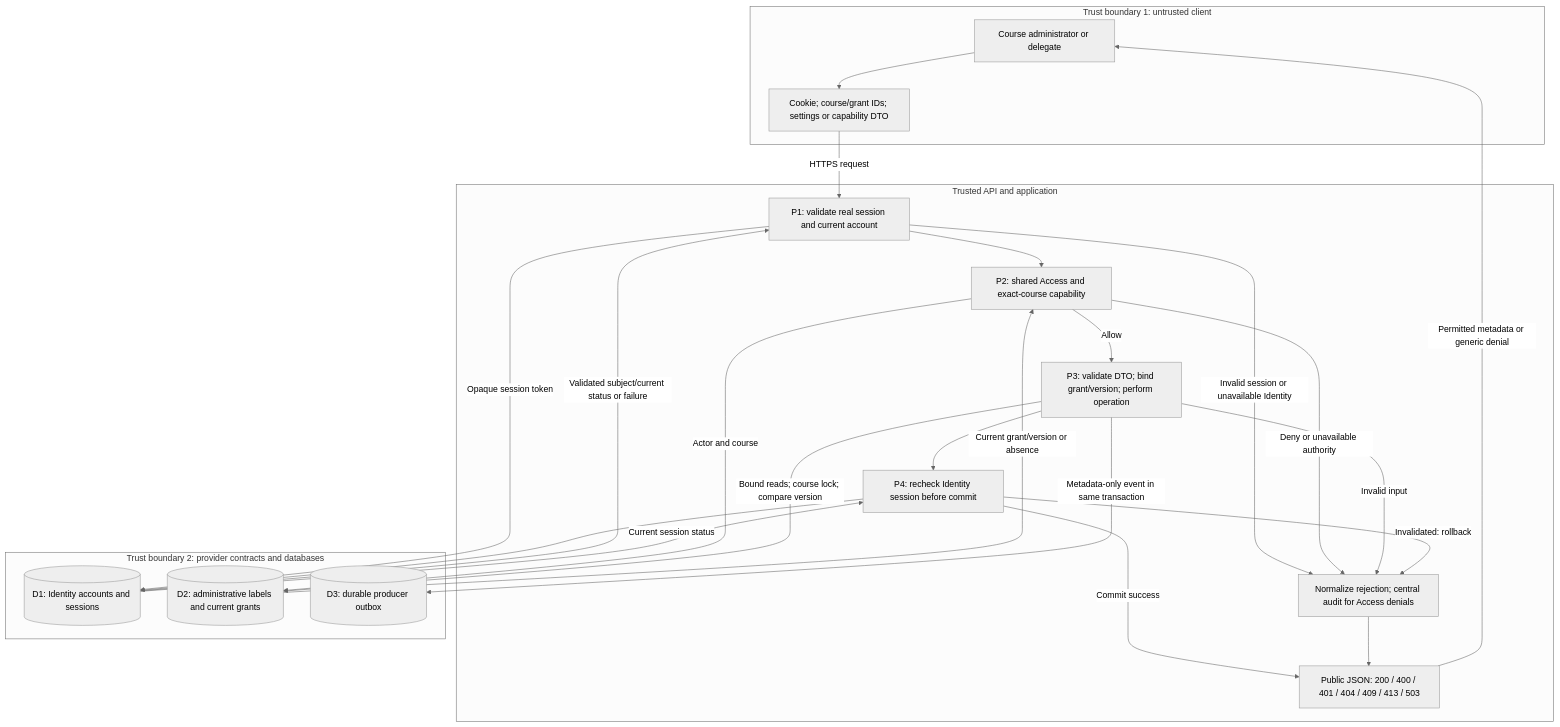
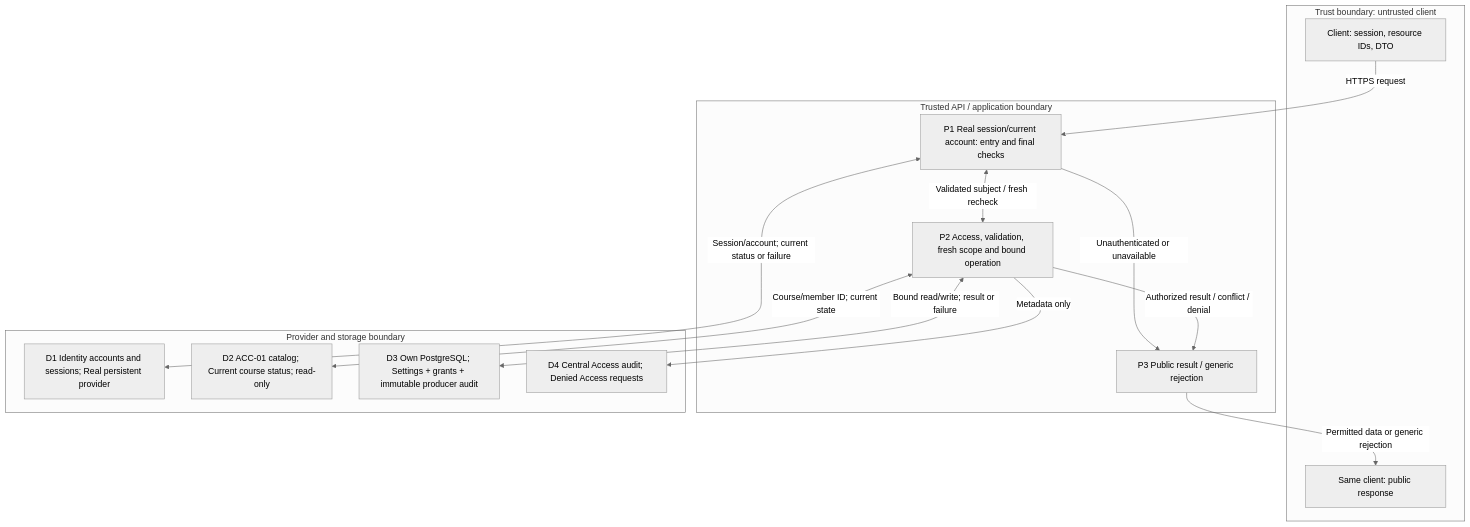
Before and after one commit to djufa762x39/security-lab: the diagram in docs/components/coursework/diagrams/adm08-kt2-dfd.mmd, drawn with Mermaid (neutral theme). The commit also changed 46 other files, not shown here.

Commit message:
ACC-04 ADM-08: KT2 integracije i ziva HTTPS demonstracija

```diff
--- a/docs/components/coursework/diagrams/adm08-kt2-dfd.mmd
+++ b/docs/components/coursework/diagrams/adm08-kt2-dfd.mmd
@@ -1,38 +1,25 @@
 flowchart TD
-  subgraph CLIENT["Trust boundary 1: untrusted client"]
-    ACTOR["Course administrator or delegate"]
-    INPUT["Cookie; course/grant IDs; settings or capability DTO"]
-    ACTOR --> INPUT
+  subgraph CLIENT["Trust boundary: untrusted client"]
+    C["Client: session, resource IDs, DTO"]
+    R["Same client: public response"]
   end
-  subgraph API["Trusted API and application"]
-    AUTH["P1: validate real session and current account"]
-    DECIDE["P2: shared Access and exact-course capability"]
-    CHANGE["P3: validate DTO; bind grant/version; perform operation"]
-    RECHECK["P4: recheck Identity session before commit"]
-    DENY["Normalize rejection; central audit for Access denials"]
-    OUT["Public JSON: 200 / 400 / 401 / 404 / 409 / 413 / 503"]
-    AUTH --> DECIDE
-    DECIDE -->|"Allow"| CHANGE
-    AUTH -->|"Invalid session or unavailable Identity"| DENY
-    DECIDE -->|"Deny or unavailable authority"| DENY
-    CHANGE -->|"Invalid input"| DENY
-    CHANGE --> RECHECK
-    RECHECK -->|"Invalidated: rollback"| DENY
-    RECHECK -->|"Commit success"| OUT
-    DENY --> OUT
+  subgraph API["Trusted API / application boundary"]
+    P1["P1 Real session/current account: entry and final checks"]
+    P2["P2 Access, validation, fresh scope and bound operation"]
+    P3["P3 Public result / generic rejection"]
   end
-  subgraph PROVIDERS["Trust boundary 2: provider contracts and databases"]
-    ID[("D1: Identity accounts and sessions")]
-    ADM[("D2: administrative labels and current grants")]
-    EVENTS[("D3: durable producer outbox")]
+  subgraph PROVIDERS["Provider and storage boundary"]
+    D1["D1 Identity accounts and sessions; Real persistent provider"]
+    D2["D2 ACC-01 catalog; Current course status; read-only"]
+    D3["D3 Own PostgreSQL; Settings + grants + immutable producer audit"]
+    D4["D4 Central Access audit; Denied Access requests"]
   end
-  INPUT -->|"HTTPS request"| AUTH
-  AUTH -->|"Opaque session token"| ID
-  ID -->|"Validated subject/current status or failure"| AUTH
-  DECIDE -->|"Actor and course"| ADM
-  ADM -->|"Current grant/version or absence"| DECIDE
-  CHANGE -->|"Bound reads; course lock; compare version"| ADM
-  CHANGE -->|"Metadata-only event in same transaction"| EVENTS
-  RECHECK --> ID
-  ID -->|"Current session status"| RECHECK
-  OUT -->|"Permitted metadata or generic denial"| ACTOR
+  C -->|"HTTPS request"| P1
+  P1 <-->|"Validated subject / fresh recheck"| P2
+  P1 -->|"Unauthenticated or unavailable"| P3
+  P2 -->|"Authorized result / conflict / denial"| P3
+  P1 <-->|"Session/account; current status or failure"| D1
+  P2 <-->|"Course/member ID; current state"| D2
+  P2 <-->|"Bound read/write; result or failure"| D3
+  P2 -->|"Metadata only"| D4
+  P3 -->|"Permitted data or generic rejection"| R
```
